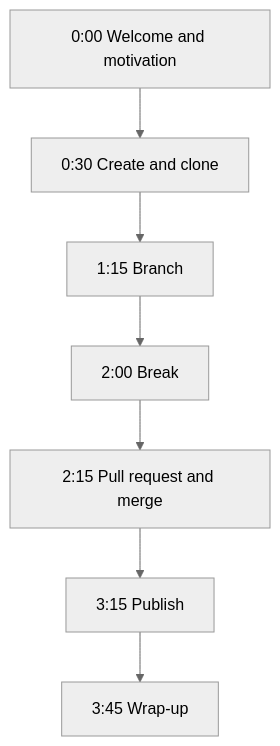
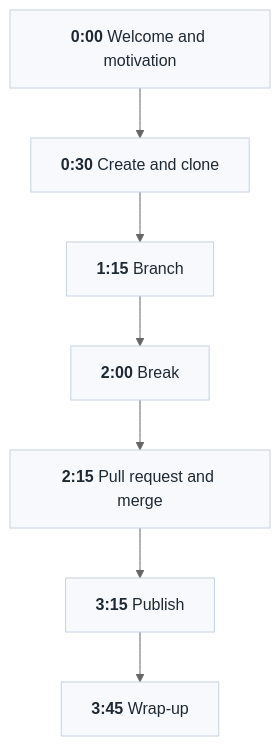
The diagram in ch-run-of-show.qmd (gitforsci/website), drawn with Mermaid (neutral theme) before and after one commit. The commit also changed 9 other files, not shown here.

First line of the commit message:
docs(book): unify all mermaid diagrams on the overview style

````diff
--- a/ch-run-of-show.qmd
+++ b/ch-run-of-show.qmd
@@ -11,9 +11,14 @@
 ```{mermaid}
 flowchart TD
-    A[0:00 Welcome and motivation] --> B[0:30 Create and clone]
-    B --> C[1:15 Branch]
-    C --> BR[2:00 Break]
-    BR --> D[2:15 Pull request and merge]
-    D --> E[3:15 Publish]
-    E --> F[3:45 Wrap-up]
+    classDef layer fill:#f7f9fc,stroke:#c7d2e0,color:#1f2933;
+
+    A["<b>0:00</b> Welcome and motivation"]:::layer
+    B["<b>0:30</b> Create and clone"]:::layer
+    C["<b>1:15</b> Branch"]:::layer
+    BR["<b>2:00</b> Break"]:::layer
+    D["<b>2:15</b> Pull request and merge"]:::layer
+    E["<b>3:15</b> Publish"]:::layer
+    F["<b>3:45</b> Wrap-up"]:::layer
+
+    A --> B --> C --> BR --> D --> E --> F
 ```
````
